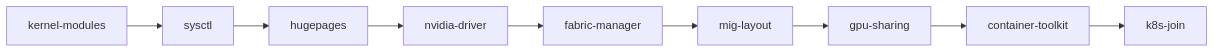
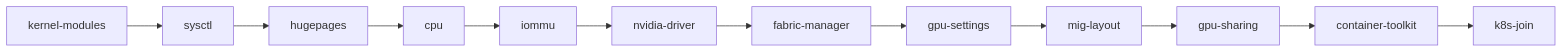
Before and after one commit to Better-Compute/better-compute: the diagram in apps/docs/content/docs/daemon/host-config.mdx, drawn with Mermaid. The commit also changed other lines of this file and 24 other files, not shown here.

````diff
--- a/apps/docs/content/docs/daemon/host-config.mdx
+++ b/apps/docs/content/docs/daemon/host-config.mdx
@@ -85,5 +101,5 @@
 ```mermaid
 flowchart LR
-  KM["kernel-modules"] --> SY["sysctl"] --> HP["hugepages"] --> ND["nvidia-driver"] --> FM["fabric-manager"]
-  FM --> MIG["mig-layout"] --> GS["gpu-sharing"] --> CT["container-toolkit"] --> KJ["k8s-join"]
+  KM["kernel-modules"] --> SY["sysctl"] --> HP["hugepages"] --> CPU["cpu"] --> IO["iommu"] --> ND["nvidia-driver"]
+  ND --> FM["fabric-manager"] --> GS["gpu-settings"] --> MIG["mig-layout"] --> SH["gpu-sharing"] --> CT["container-toolkit"] --> KJ["k8s-join"]
 ```
````
